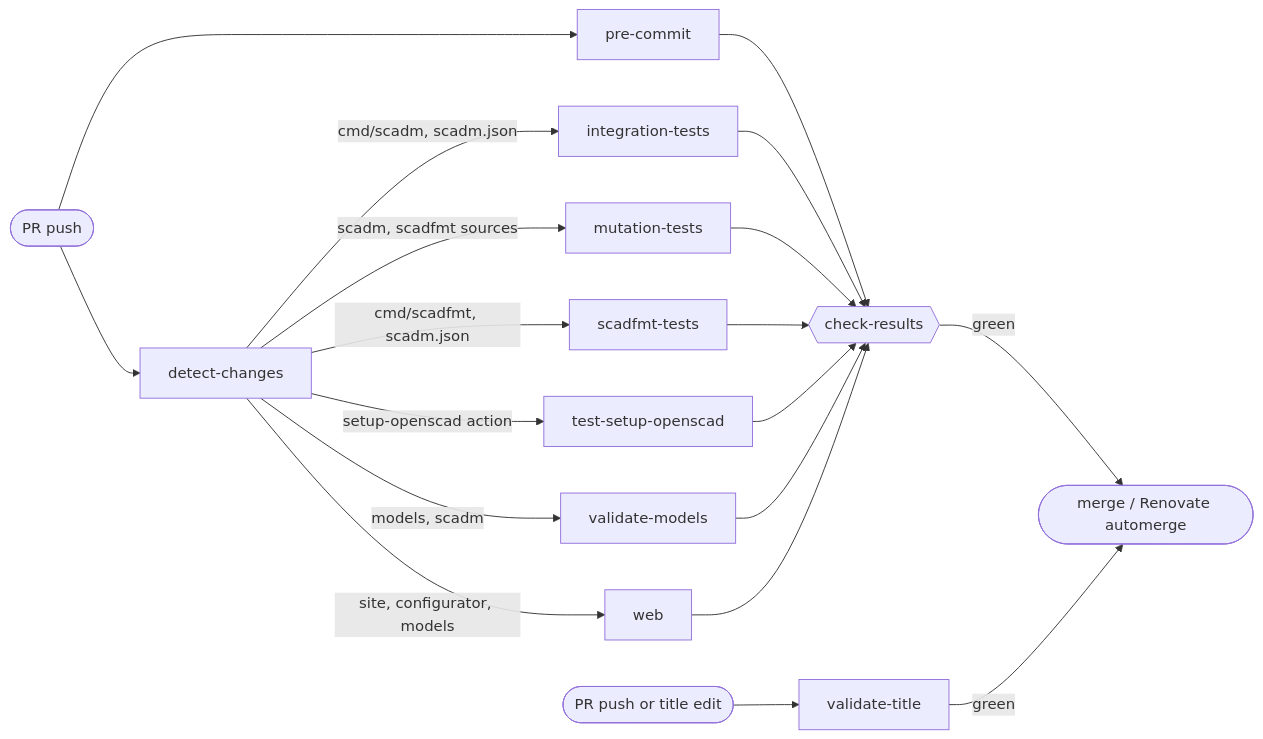
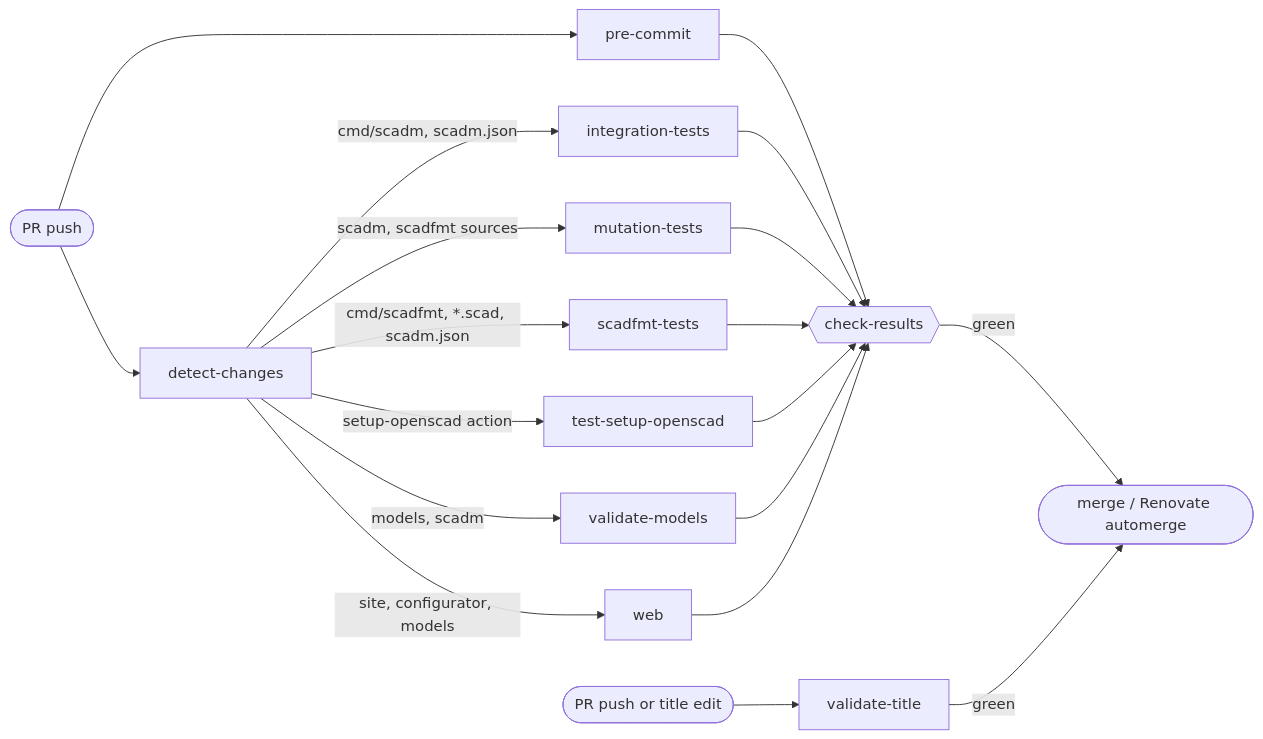
One commit to kellerlabs/homeracker changed the diagram in .github/workflows/README.md. Above: the diagram before and after it, drawn with Mermaid. The commit also changed other lines of this file and 9 other files, not shown here.

First line of the commit message:
feat(scadfmt): format .scad files in a pre-commit hook

````diff
--- a/.github/workflows/README.md
+++ b/.github/workflows/README.md
@@ -7,14 +7,14 @@
 ```mermaid
 flowchart LR
     pr([PR push]) --> dc[detect-changes]
     pr --> pc[pre-commit]
     dc -->|cmd/scadm, scadm.json| it[integration-tests]
     dc -->|scadm, scadfmt sources| mt[mutation-tests]
-    dc -->|cmd/scadfmt, scadm.json| sf[scadfmt-tests]
+    dc -->|cmd/scadfmt, *.scad, scadm.json| sf[scadfmt-tests]
     dc -->|setup-openscad action| so[test-setup-openscad]
     dc -->|models, scadm| vm[validate-models]
     dc -->|site, configurator, models| web[web]
     pc & it & mt & sf & so & vm & web --> cr{{check-results}}
     cr -->|green| merge([merge / Renovate automerge])
     pr2([PR push or title edit]) --> title[validate-title] -->|green| merge
 ```
````
